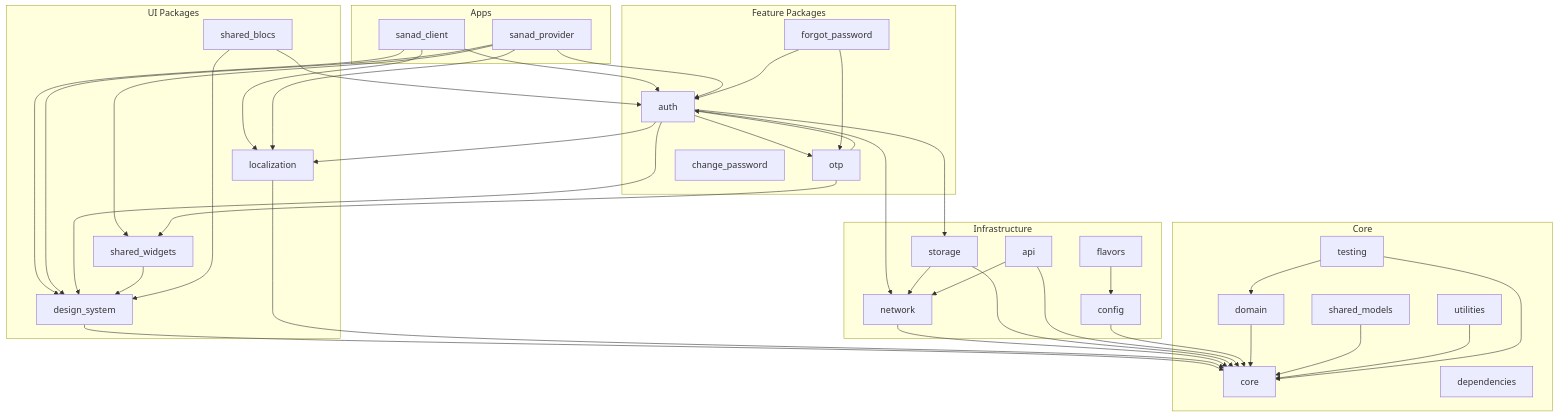
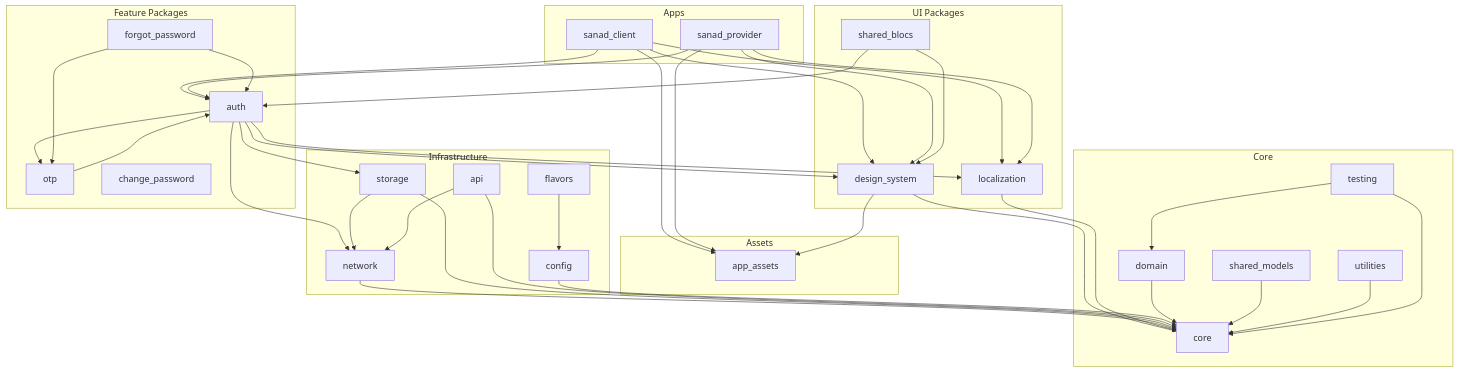
Before and after one commit to taher-fawaz26/sanad: the diagram in docs/DEPENDENCY_GRAPH.md, drawn with Mermaid. The commit also changed other lines of this file and 194 other files, not shown here.

Commit message:
update Architecture

````diff
--- a/docs/DEPENDENCY_GRAPH.md
+++ b/docs/DEPENDENCY_GRAPH.md
@@ -5,76 +5,78 @@
 ```mermaid
 flowchart TB
   subgraph apps [Apps]
     Client[sanad_client]
     Provider[sanad_provider]
   end
 
   subgraph features [Feature Packages]
     Auth[auth]
     OTP[otp]
     FP[forgot_password]
     CP[change_password]
   end
 
   subgraph ui [UI Packages]
     DS[design_system]
-    SW[shared_widgets]
     Loc[localization]
     SB[shared_blocs]
+  end
+
+  subgraph assets_pkg [Assets]
+    Assets[app_assets]
   end
 
   subgraph infra [Infrastructure]
     Network[network]
     Storage[storage]
     API[api]
     Config[config]
     Flavors[flavors]
   end
 
   subgraph core_pkgs [Core]
     Core[core]
     Domain[domain]
     Models[shared_models]
     Utils[utilities]
     Testing[testing]
-    Deps[dependencies]
   end
 
   Client --> Auth
   Client --> DS
   Client --> Loc
+  Client --> Assets
   Provider --> Auth
   Provider --> DS
   Provider --> Loc
-  Provider --> SW
+  Provider --> Assets
 
   Auth --> OTP
   Auth --> Network
   Auth --> Storage
   Auth --> DS
   Auth --> Loc
   OTP --> Auth
-  OTP --> SW
   FP --> Auth
   FP --> OTP
 
   DS --> Core
-  SW --> DS
+  DS --> Assets
   Loc --> Core
   SB --> Auth
   SB --> DS
 
   Network --> Core
   Storage --> Core
   Storage --> Network
   API --> Core
   API --> Network
   Config --> Core
   Flavors --> Config
 
   Domain --> Core
   Models --> Core
   Utils --> Core
   Testing --> Core
   Testing --> Domain
 ```
````
